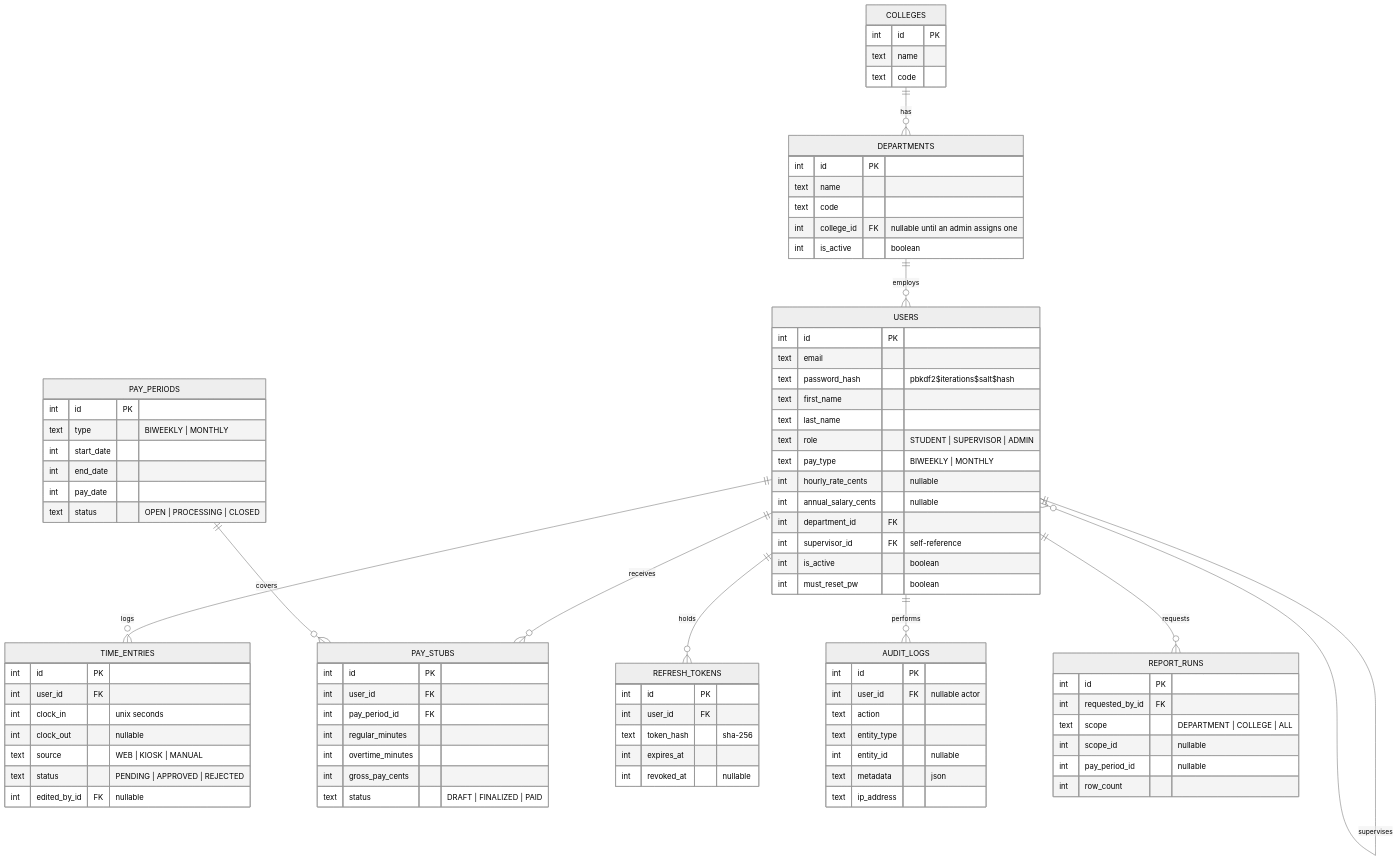
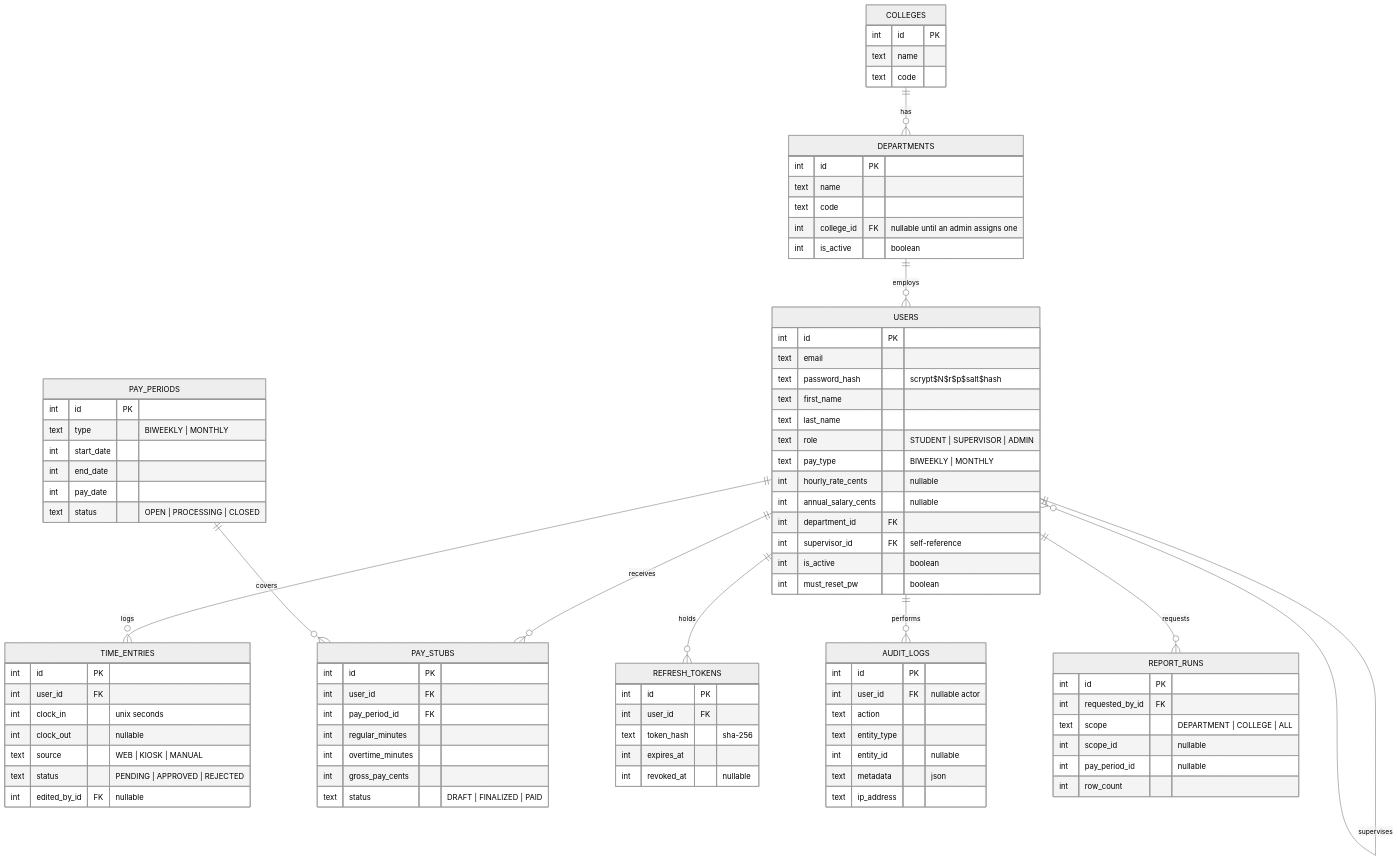
One commit to drewjeanette/Talon changed the diagram in docs/DATABASE.md. Above: the diagram before and after it, drawn with Mermaid (neutral theme). The commit also changed other lines of this file and 17 other files, not shown here.

```diff
--- a/docs/DATABASE.md
+++ b/docs/DATABASE.md
@@ -33,7 +33,7 @@
     USERS {
         int id PK
         text email
-        text password_hash "pbkdf2$iterations$salt$hash"
+        text password_hash "scrypt$N$r$p$salt$hash"
         text first_name
         text last_name
         text role "STUDENT | SUPERVISOR | ADMIN"
```
